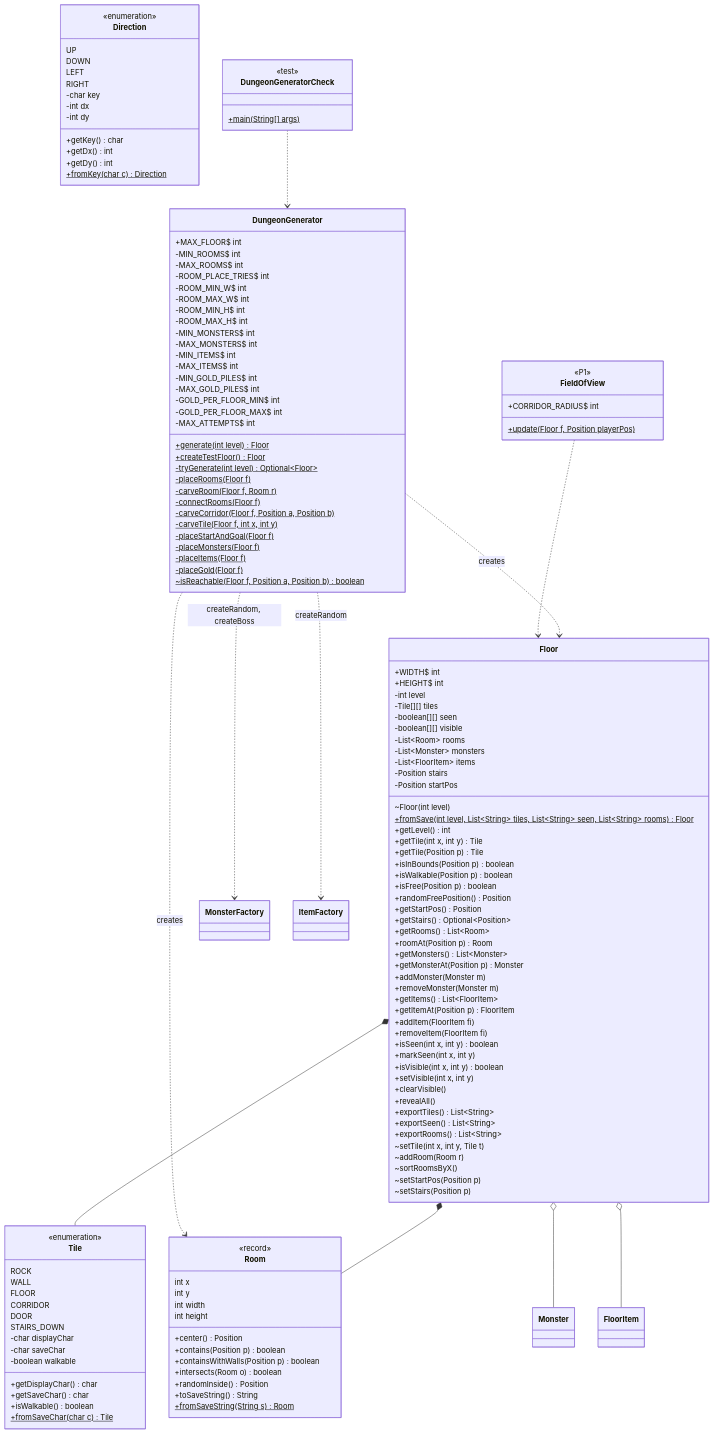
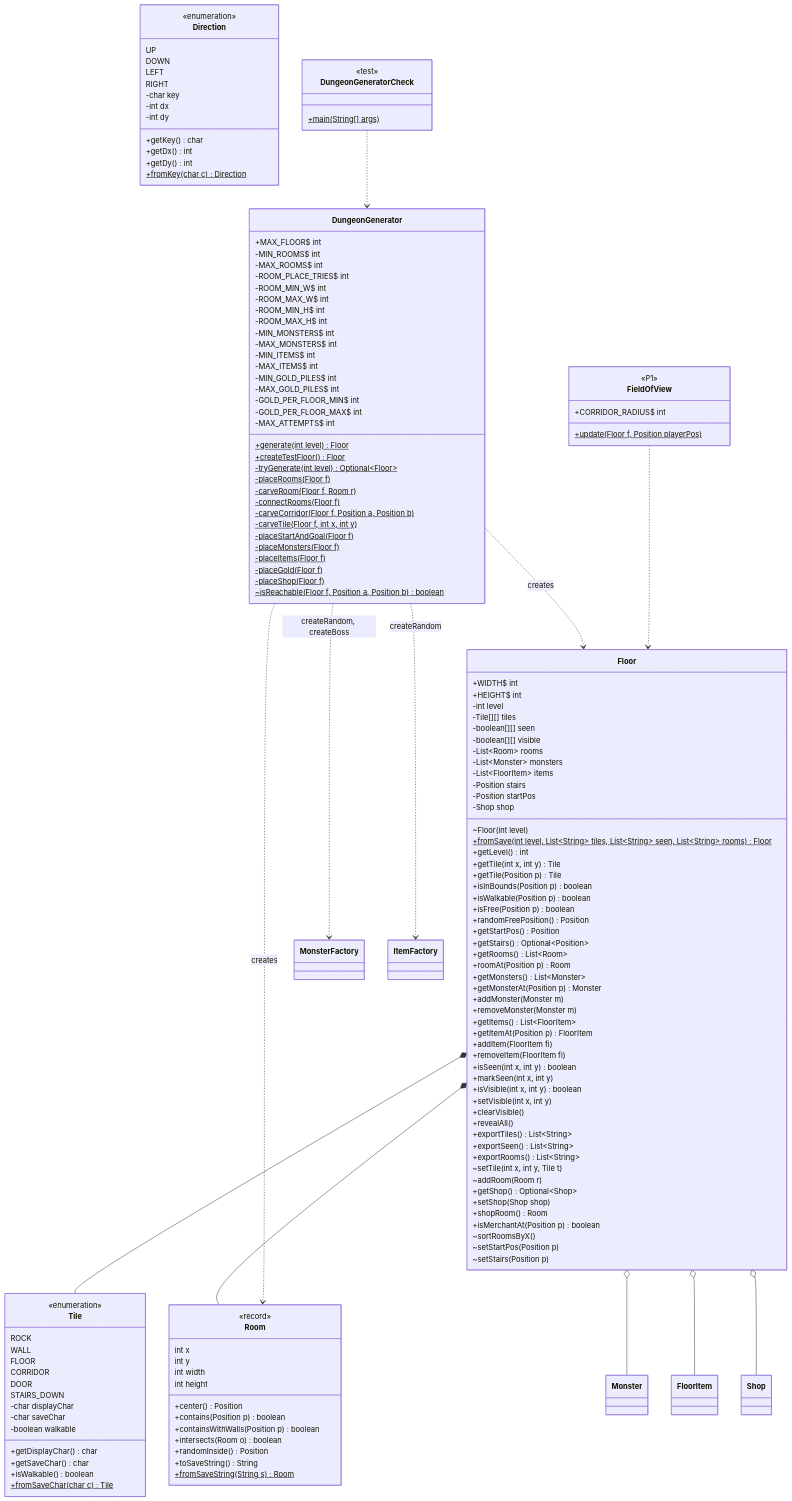
Before and after one commit to likelion-boot-camp-28th/side-project01-team01: the fifth of 10 diagrams in docs/Class-Diagram.md, drawn with Mermaid. The commit also changed other lines of this file and 24 other files, not shown here.

```diff
--- a/docs/Class-Diagram.md
+++ b/docs/Class-Diagram.md
@@ -597,6 +608,7 @@
         -List~FloorItem~ items
         -Position stairs
         -Position startPos
+        -Shop shop
         ~Floor(int level)
         +fromSave(int level, List~String~ tiles, List~String~ seen, List~String~ rooms)$ Floor
         +getLevel() int
@@ -629,6 +641,10 @@
         +exportRooms() List~String~
         ~setTile(int x, int y, Tile t)
         ~addRoom(Room r)
+        +getShop() Optional~Shop~
+        +setShop(Shop shop)
+        +shopRoom() Room
+        +isMerchantAt(Position p) boolean
         ~sortRoomsByX()
         ~setStartPos(Position p)
         ~setStairs(Position p)
@@ -707,6 +723,7 @@
         -placeMonsters(Floor f)$
         -placeItems(Floor f)$
         -placeGold(Floor f)$
+        -placeShop(Floor f)$
         ~isReachable(Floor f, Position a, Position b)$ boolean
     }
     class FieldOfView {
@@ -723,6 +740,7 @@
     Floor *-- Room
     Floor o-- Monster
     Floor o-- FloorItem
+    Floor o-- Shop
     DungeonGenerator ..> Floor : creates
     DungeonGenerator ..> Room : creates
     DungeonGenerator ..> MonsterFactory : createRandom, createBoss
```
